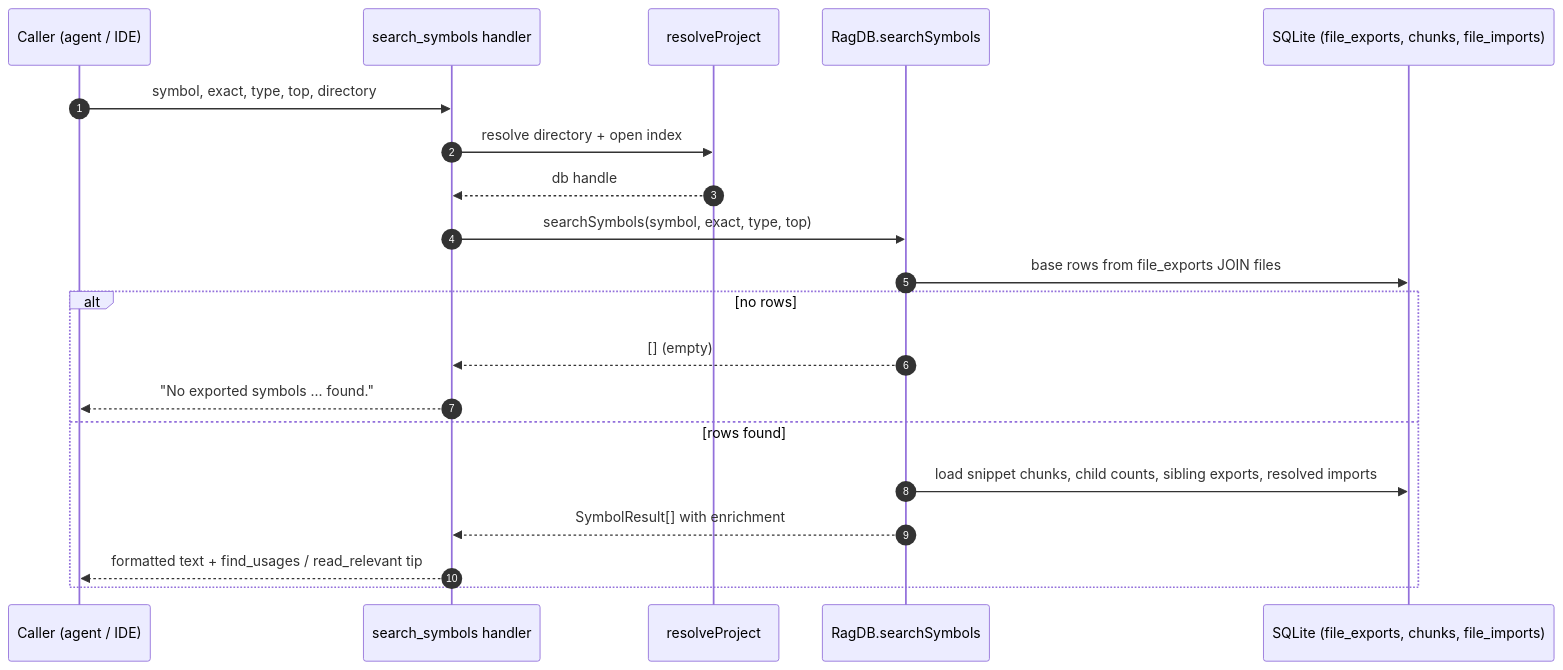
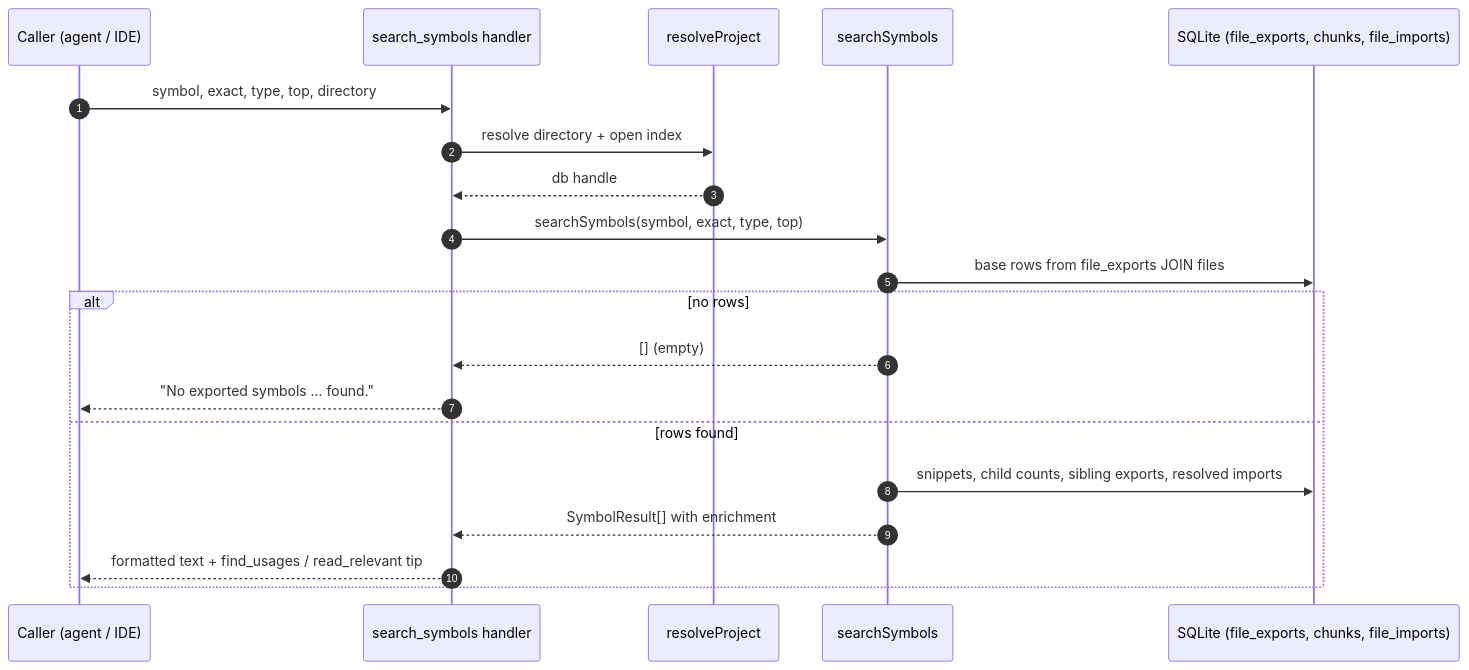
The diagram in wiki/tools/search-symbols.md (TheWinci/mimirs), drawn with Mermaid before and after one commit. The commit also changed other lines of this file and 55 other files, not shown here.

````diff
--- a/wiki/tools/search-symbols.md
+++ b/wiki/tools/search-symbols.md
@@ -11,23 +11,23 @@
 ```mermaid
 sequenceDiagram
     autonumber
     participant Caller as Caller (agent / IDE)
-    participant Tool as search_symbols handler
+    participant Handler as search_symbols handler
     participant Proj as resolveProject
-    participant DB as RagDB.searchSymbols
-    participant SQLite as SQLite (file_exports, chunks, file_imports)
+    participant Query as searchSymbols
+    participant Store as SQLite (file_exports, chunks, file_imports)
 
-    Caller->>Tool: symbol, exact, type, top, directory
-    Tool->>Proj: resolve directory + open index
-    Proj-->>Tool: db handle
-    Tool->>DB: searchSymbols(symbol, exact, type, top)
-    DB->>SQLite: base rows from file_exports JOIN files
+    Caller->>Handler: symbol, exact, type, top, directory
+    Handler->>Proj: resolve directory + open index
+    Proj-->>Handler: db handle
+    Handler->>Query: searchSymbols(symbol, exact, type, top)
+    Query->>Store: base rows from file_exports JOIN files
     alt no rows
-        DB-->>Tool: [] (empty)
-        Tool-->>Caller: "No exported symbols ... found."
+        Query-->>Handler: [] (empty)
+        Handler-->>Caller: "No exported symbols ... found."
     else rows found
-        DB->>SQLite: load snippet chunks, child counts, sibling exports, resolved imports
-        DB-->>Tool: SymbolResult[] with enrichment
-        Tool-->>Caller: formatted text + find_usages / read_relevant tip
+        Query->>Store: snippets, child counts, sibling exports, resolved imports
+        Query-->>Handler: SymbolResult[] with enrichment
+        Handler-->>Caller: formatted text + find_usages / read_relevant tip
     end
 ```
````
